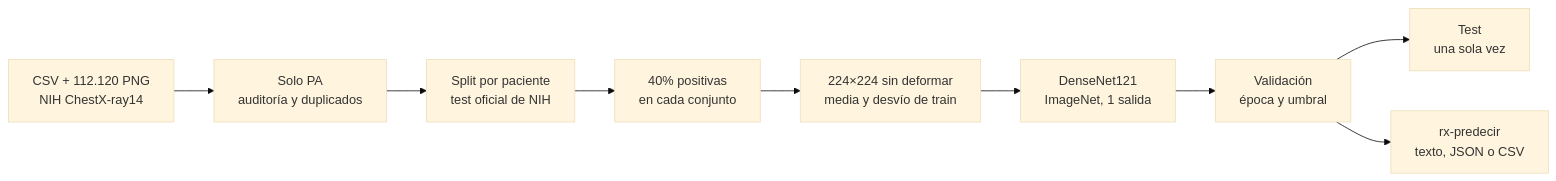
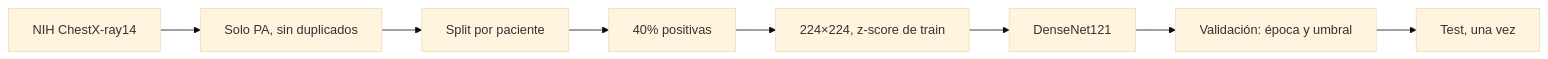
The diagram in README.md (Marcouzis11/iaproyecto), drawn with Mermaid (base theme) before and after one commit. The commit also changed other lines of this file and 4 other files, not shown here.

````diff
--- a/README.md
+++ b/README.md
@@ -182,11 +147,5 @@
 ```mermaid
 flowchart LR
-    A[CSV + 112.120 PNG<br/>NIH ChestX-ray14] --> B[Solo PA<br/>auditoría y duplicados]
-    B --> C[Split por paciente<br/>test oficial de NIH]
-    C --> D[40% positivas<br/>en cada conjunto]
-    D --> E[224×224 sin deformar<br/>media y desvío de train]
-    E --> F[DenseNet121<br/>ImageNet, 1 salida]
-    F --> G[Validación<br/>época y umbral]
-    G --> H[Test<br/>una sola vez]
-    G --> I[rx-predecir<br/>texto, JSON o CSV]
+    A[NIH ChestX-ray14] --> B[Solo PA, sin duplicados] --> C[Split por paciente] --> D[40% positivas]
+    D --> E[224×224, z-score de train] --> F[DenseNet121] --> G[Validación: época y umbral] --> H[Test, una vez]
 ```
````
